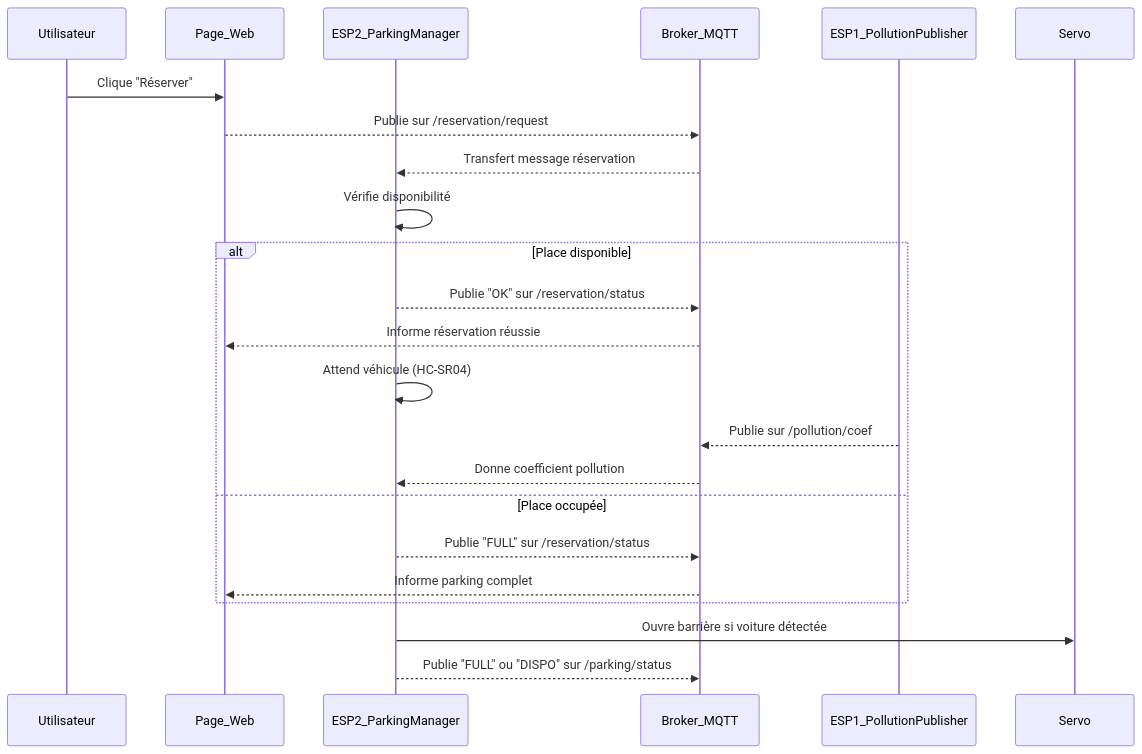
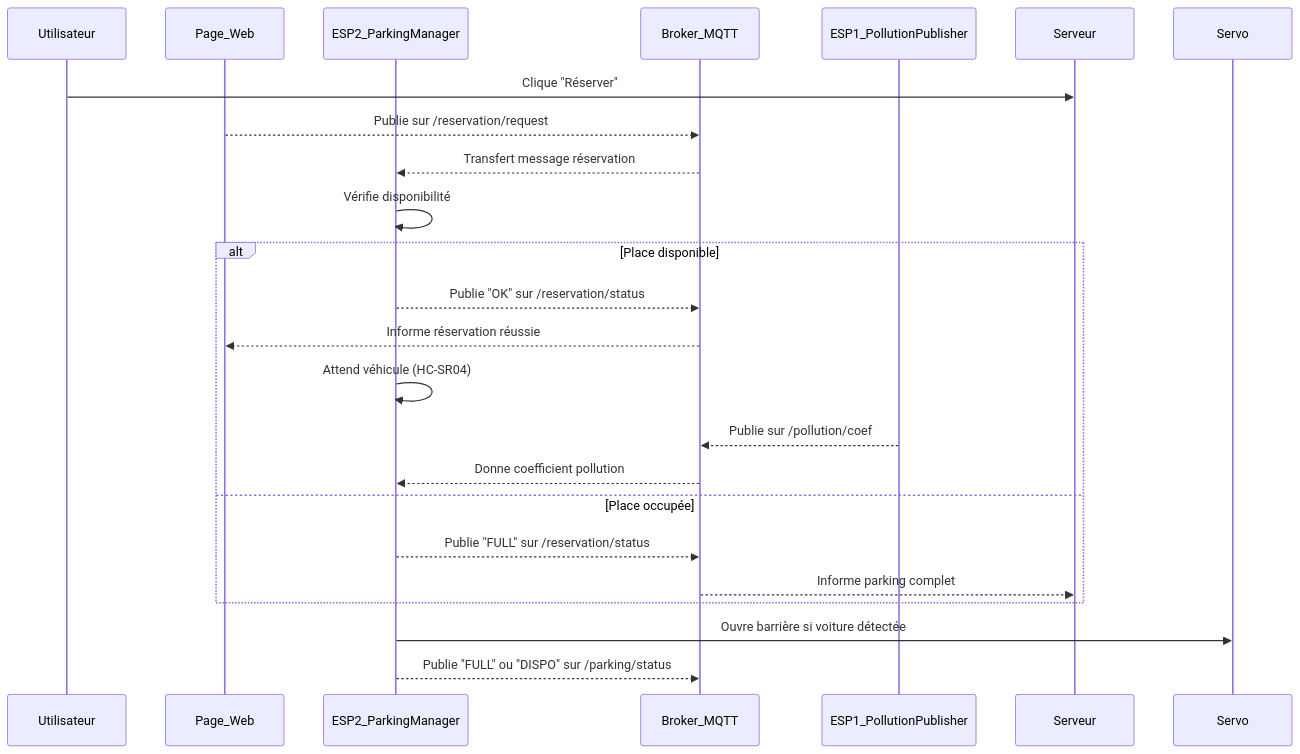
Before and after one commit to Esabrina77/iot_b2: the diagram in README.md, drawn with Mermaid.

````diff
--- a/README.md
+++ b/README.md
@@ -1,27 +1,27 @@
 ```mermaid
 sequenceDiagram
     participant Utilisateur
     participant Page_Web
     participant ESP2_ParkingManager
     participant Broker_MQTT
     participant ESP1_PollutionPublisher
 
-    Utilisateur ->> Page_Web: Clique "Réserver"
+    Utilisateur ->> Serveur: Clique "Réserver"
     Page_Web -->> Broker_MQTT: Publie sur /reservation/request
     Broker_MQTT -->> ESP2_ParkingManager: Transfert message réservation
 
     ESP2_ParkingManager ->> ESP2_ParkingManager: Vérifie disponibilité
     alt Place disponible
         ESP2_ParkingManager -->> Broker_MQTT: Publie "OK" sur /reservation/status
         Broker_MQTT -->> Page_Web: Informe réservation réussie
         ESP2_ParkingManager ->> ESP2_ParkingManager: Attend véhicule (HC-SR04)
         ESP1_PollutionPublisher -->> Broker_MQTT: Publie sur /pollution/coef
         Broker_MQTT -->> ESP2_ParkingManager: Donne coefficient pollution
     else Place occupée
         ESP2_ParkingManager -->> Broker_MQTT: Publie "FULL" sur /reservation/status
-        Broker_MQTT -->> Page_Web: Informe parking complet
+        Broker_MQTT -->> Serveur: Informe parking complet
     end
 
     ESP2_ParkingManager ->> Servo: Ouvre barrière si voiture détectée
     ESP2_ParkingManager -->> Broker_MQTT: Publie "FULL" ou "DISPO" sur /parking/status
 ```
````
